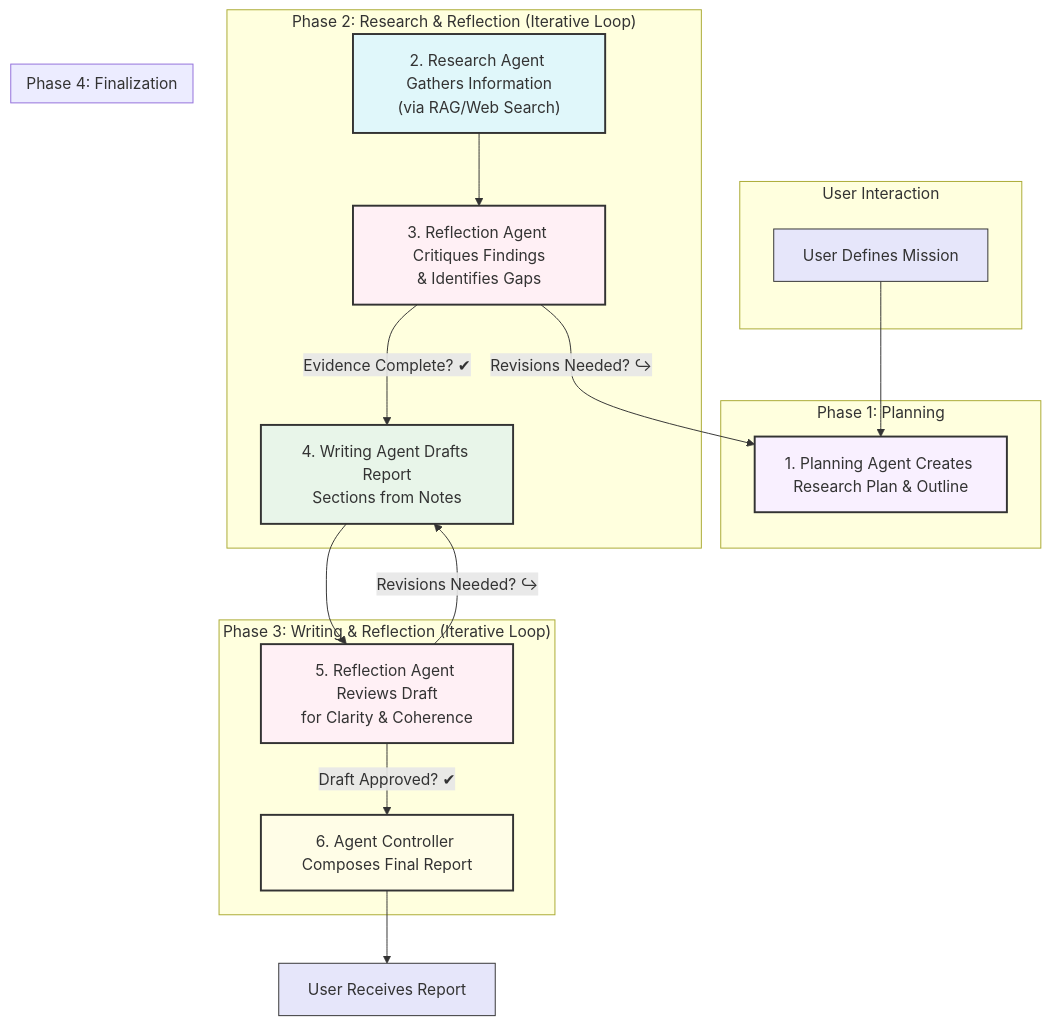
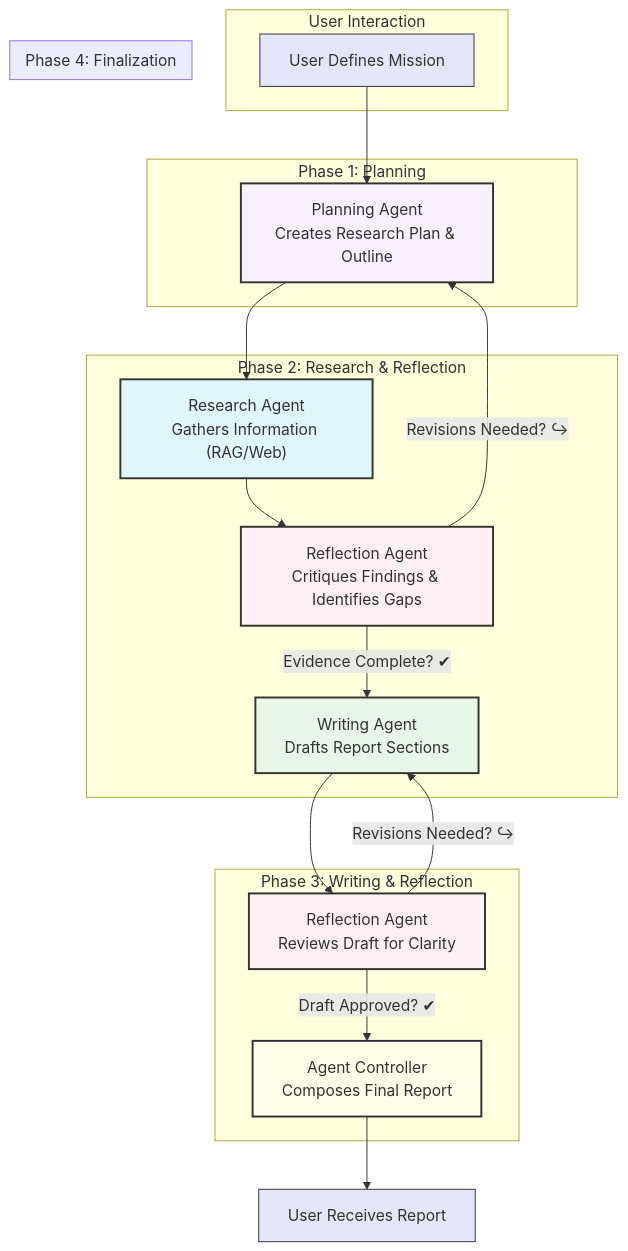
The diagram in README.md (murtaza-nasir/maestro), drawn with Mermaid before and after one commit. The commit also changed other lines of this file, not shown here.

````diff
--- a/README.md
+++ b/README.md
@@ -125,42 +125,43 @@
 ```mermaid
 graph TD
-    subgraph "User Interaction"
-        A[User Defines Mission]
+    subgraph User Interaction
+        A["User Defines Mission"]
     end
 
     subgraph "Phase 1: Planning"
-        B[1. Planning Agent Creates Research Plan & Outline]
+        B["Planning Agent<br>Creates Research Plan & Outline"]
     end
 
-    subgraph "Phase 2: Research & Reflection (Iterative Loop)"
-        C["2. Research Agent Gathers Information<br>(via RAG/Web Search)"]
-        D["3. Reflection Agent Critiques Findings<br>& Identifies Gaps"]
+    subgraph "Phase 2: Research & Reflection"
+        C["Research Agent<br>Gathers Information (RAG/Web)"]
+        D["Reflection Agent<br>Critiques Findings & Identifies Gaps"]
         C --> D
         D -- "Revisions Needed? ↪" --> B
         D -- "Evidence Complete? ✔" --> E
     end
 
-    subgraph "Phase 3: Writing & Reflection (Iterative Loop)"
-        E["4. Writing Agent Drafts Report<br>Sections from Notes"]
-        F["5. Reflection Agent Reviews Draft<br>for Clarity & Coherence"]
+    subgraph "Phase 3: Writing & Reflection"
+        E["Writing Agent<br>Drafts Report Sections"]
+        F["Reflection Agent<br>Reviews Draft for Clarity"]
         E --> F
         F -- "Revisions Needed? ↪" --> E
         F -- "Draft Approved? ✔" --> G
     end
 
     subgraph "Phase 4: Finalization"
-        G[6. Agent Controller Composes Final Report]
+        G["Agent Controller<br>Composes Final Report"]
     end
 
     A --> B
-    G --> H[User Receives Report]
+    B --> C
+    G --> H["User Receives Report"]
 
     style A fill:#e6e6fa,stroke:#333,stroke-width:1px
     style H fill:#e6e6fa,stroke:#333,stroke-width:1px
     style B fill:#f9f0ff,stroke:#333,stroke-width:2px
     style C fill:#e0f7fa,stroke:#333,stroke-width:2px
     style D fill:#fff0f5,stroke:#333,stroke-width:2px
     style E fill:#e8f5e9,stroke:#333,stroke-width:2px
     style F fill:#fff0f5,stroke:#333,stroke-width:2px
     style G fill:#fffde7,stroke:#333,stroke-width:2px
 ```
````
